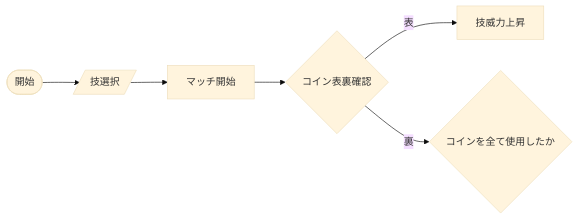
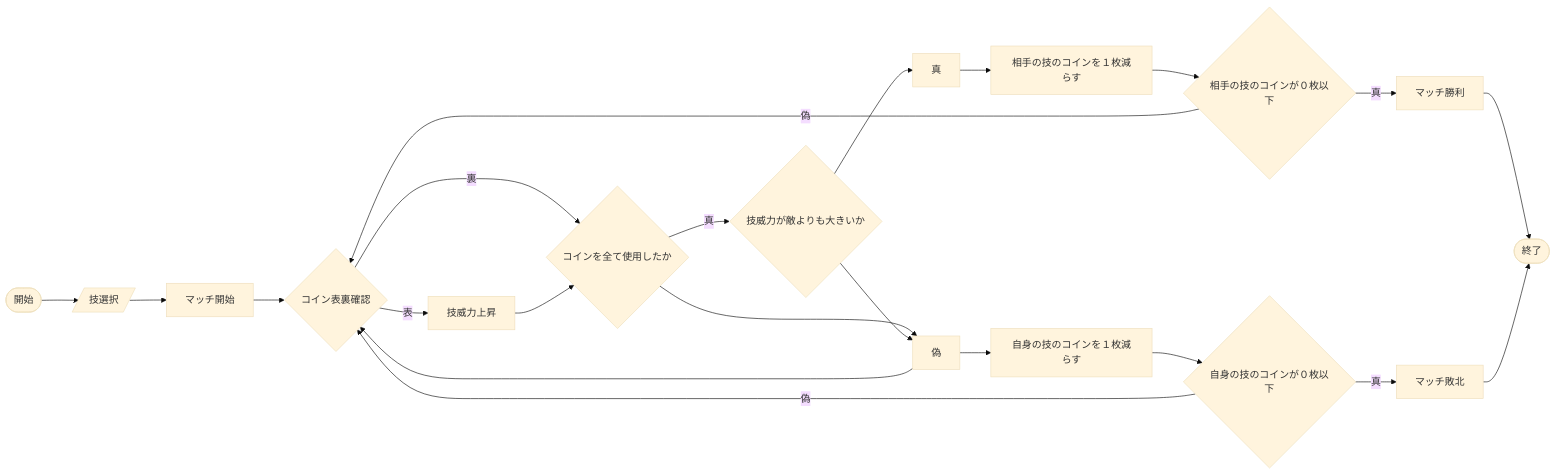
The first of 3 diagrams in README.md (tpu-game-2023/mermaid_test), drawn with Mermaid (base theme) before and after one commit.

Commit message:
見取り図N確認

````diff
--- a/README.md
+++ b/README.md
@@ -20,10 +20,23 @@
 ```mermaid
 flowchart LR;
    A([開始]) --> B[/技選択/];
    B --> C[マッチ開始];
    C --> D{コイン表裏確認};
    D --表-->E[技威力上昇];
    D --裏--> F{コインを全て使用したか};
+   E-->F;
+   F--真-->G{技威力が敵よりも大きいか};
+   F-->偽-->D;
+   G-->真-->H[相手の技のコインを１枚減らす];
+   G-->偽-->I[自身の技のコインを１枚減らす];
+   H-->J{相手の技のコインが０枚以下};
+   I-->K{自身の技のコインが０枚以下};
+   J--真-->L[マッチ勝利];
+   J--偽-->D;
+   K--真-->M[マッチ敗北];
+   K--偽-->D;
+   L-->N([終了]);
+   M-->N;
    
    
 ```
````
